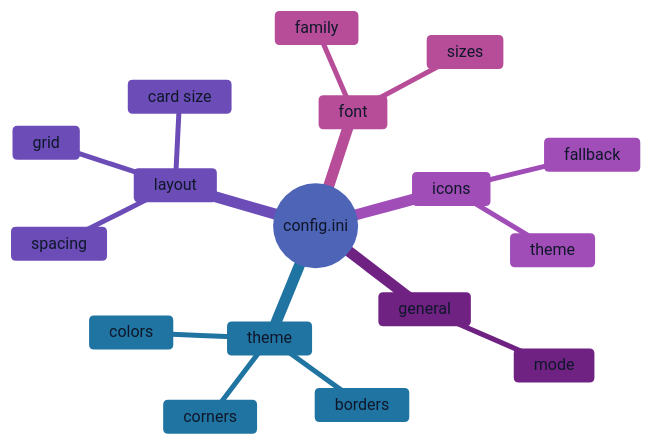
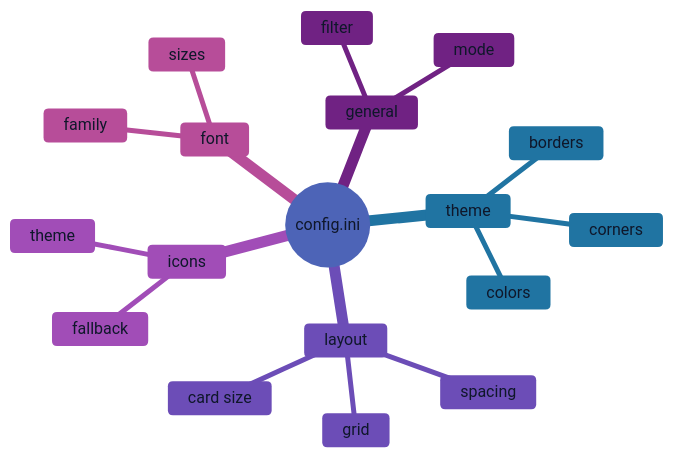
One commit to OpalAayan/snappy-switcher changed the first of 5 diagrams in docs/CONFIGURATION.md. Above: the diagram before and after it, drawn with Mermaid. The commit also changed other lines of this file and 6 other files, not shown here.

````diff
--- a/docs/CONFIGURATION.md
+++ b/docs/CONFIGURATION.md
@@ -39,33 +40,34 @@
 ```mermaid
 %%{
   init: {
     'theme': 'base',
     'themeVariables': {
       'primaryColor': '#a8b3dc',
       'primaryTextColor': '#0f172a',
       'primaryBorderColor': '#4338ca',
       'lineColor': '#101274',
       'secondaryColor': '#b953d2',
       'tertiaryColor': '#61b3e0'
     }
   }
 }%%
 mindmap
   root((config.ini))
     general
       mode
+      filter
     theme
       colors
       borders
       corners
     layout
       card size
       spacing
       grid
     icons
       theme
       fallback
     font
       family
       sizes
 ```
````
